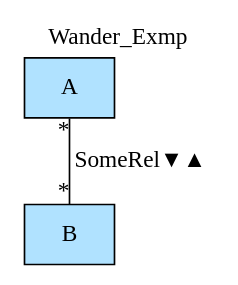
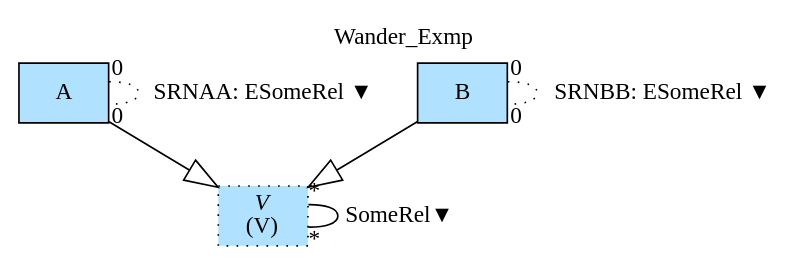
Before and after one commit to namalio/Fragmenta: the diagram in Haskell/FragmentaTests/SGTests/img/Wander_Exmp.gv, drawn with Graphviz. The commit also changed 94 other files, not shown here.

```diff
--- a/Haskell/FragmentaTests/SGTests/img/Wander_Exmp.gv
+++ b/Haskell/FragmentaTests/SGTests/img/Wander_Exmp.gv
@@ -1,6 +1,11 @@
 digraph {graph[label=Wander_Exmp,labelloc=tl,labelfontsize=12];
 "A"[shape=record,fillcolor=lightskyblue1,style = filled,label="A"];
 "B"[shape=record,fillcolor=lightskyblue1,style = filled,label="B"];
+"V"[shape=record,fillcolor=lightskyblue1,style ="filled,dotted",label=<{<I>V</I><br/>(V)}>];
 
-"A"->"B"[label="SomeRel▼▲",dir=none,taillabel="*",headlabel="*"];
+"A"->"V"[arrowhead=onormal,arrowsize=2.0];
+"B"->"V"[arrowhead=onormal,arrowsize=2.0];
+"V"->"V"[label="SomeRel▼",dir=none,taillabel="*",headlabel="*"];
+"A"->"A"[label="SRNAA: ESomeRel ▼",dir=none,taillabel="0",headlabel="0",style=dotted];
+"B"->"B"[label="SRNBB: ESomeRel ▼",dir=none,taillabel="0",headlabel="0",style=dotted];
 }
```
